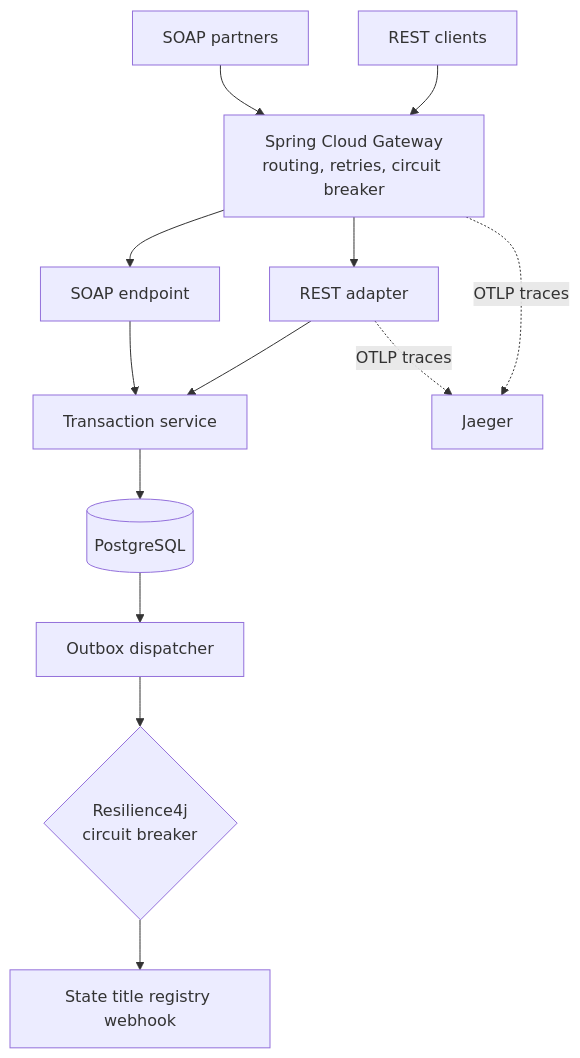
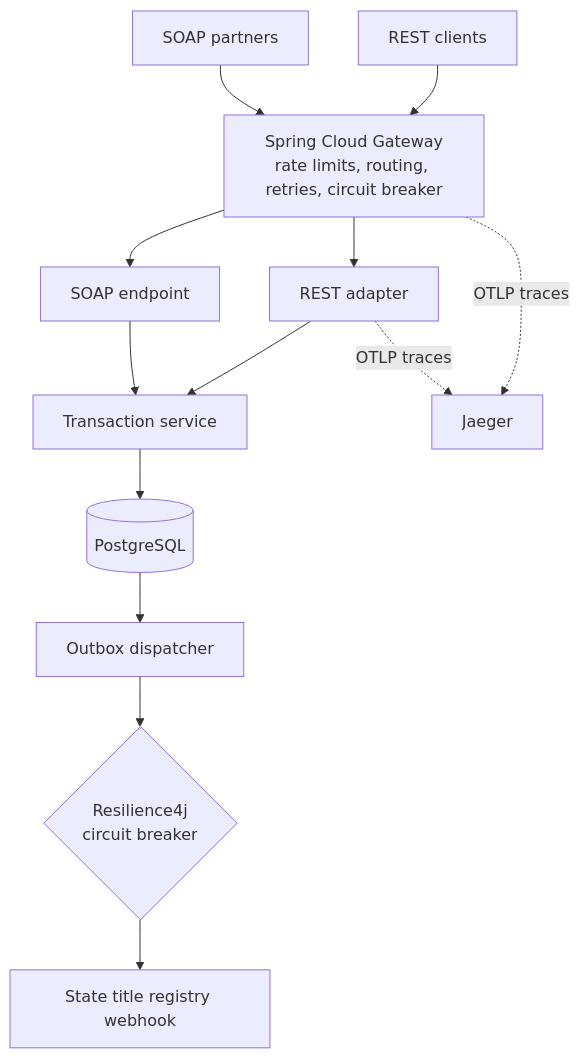
The first of 2 diagrams in README.md (shreeya227/vehicle-api), drawn with Mermaid before and after one commit. The commit also changed other lines of this file and 8 other files, not shown here.

First line of the commit message:
Gateway: per-partner rate limiting with Redis token buckets

````diff
--- a/README.md
+++ b/README.md
@@ -32,15 +32,15 @@
 ```mermaid
 flowchart TB
-    REST[REST clients] --> GW[Spring Cloud Gateway<br/>routing, retries, circuit breaker]
+    REST[REST clients] --> GW[Spring Cloud Gateway<br/>rate limits, routing, retries, circuit breaker]
     SOAP[SOAP partners] --> GW
     GW --> API[REST adapter]
     GW --> WS[SOAP endpoint]
     API --> SVC[Transaction service]
     WS --> SVC
     SVC --> DB[(PostgreSQL)]
     DB --> OUTBOX[Outbox dispatcher]
     OUTBOX --> CB{Resilience4j<br/>circuit breaker}
     CB --> GOV[State title registry webhook]
     GW -. OTLP traces .-> JAEGER[Jaeger]
     API -. OTLP traces .-> JAEGER
 ```
````
